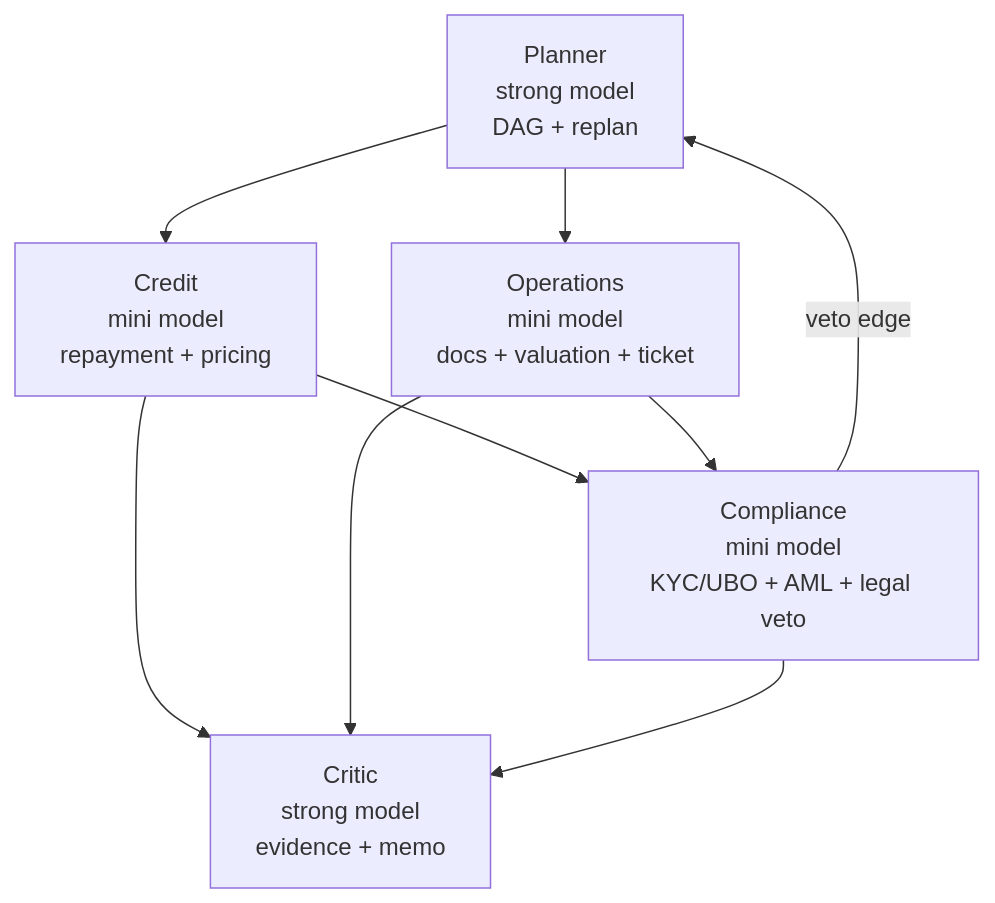
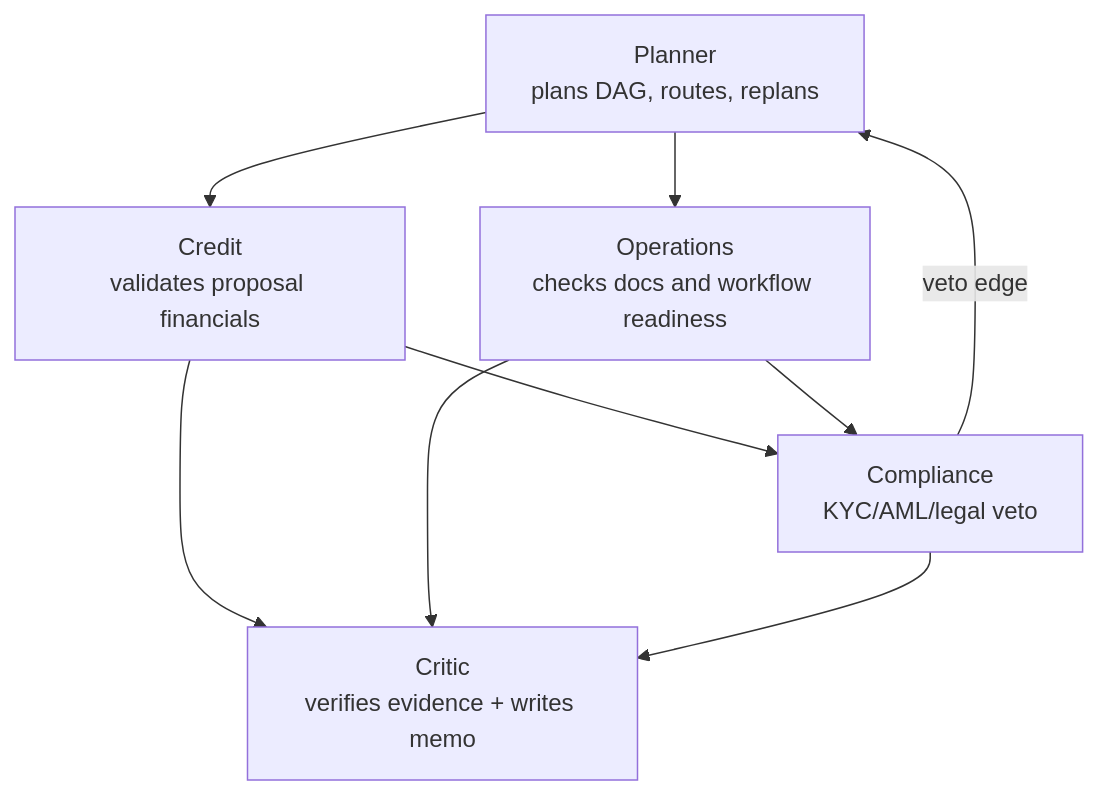
Before and after one commit to Tai-TZ/aulacys: the second of 3 diagrams in docs/LIFECYCLE-MULTI-AGENT-ARCHITECTURE.md, drawn with Mermaid. The commit also changed other lines of this file and 2 other files, not shown here.

````diff
--- a/docs/LIFECYCLE-MULTI-AGENT-ARCHITECTURE.md
+++ b/docs/LIFECYCLE-MULTI-AGENT-ARCHITECTURE.md
@@ -41,11 +57,11 @@
 ```mermaid
 flowchart TB
-    PL["Planner<br/>strong model<br/>DAG + replan"] --> CR["Credit<br/>mini model<br/>repayment + pricing"]
-    PL --> OP["Operations<br/>mini model<br/>docs + valuation + ticket"]
-    CR --> CO["Compliance<br/>mini model<br/>KYC/UBO + AML + legal veto"]
+    PL["Planner<br/>plans DAG, routes, replans"] --> CR["Credit<br/>validates proposal financials"]
+    PL --> OP["Operations<br/>checks docs and workflow readiness"]
+    CR --> CO["Compliance<br/>KYC/AML/legal veto"]
     OP --> CO
     CO -->|veto edge| PL
-    CR --> CT["Critic<br/>strong model<br/>evidence + memo"]
+    CR --> CT["Critic<br/>verifies evidence + writes memo"]
     OP --> CT
     CO --> CT
 ```
````
